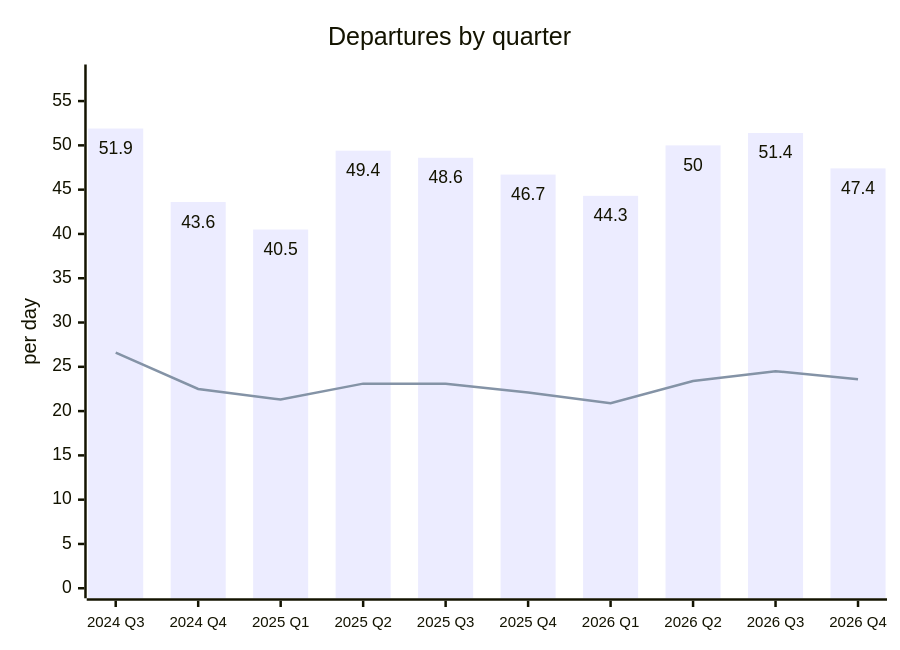
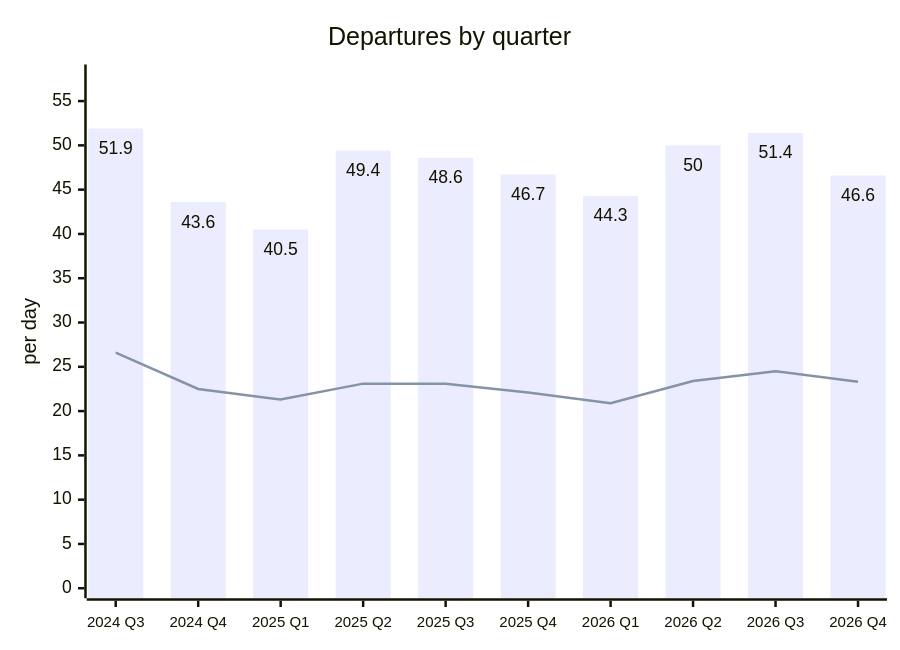
The second of 2 diagrams in README.md (rainermesi/tll-airport-departures), drawn with Mermaid before and after one commit. The commit also changed other lines of this file and 3 other files, not shown here.

````diff
--- a/README.md
+++ b/README.md
@@ -54,15 +54,15 @@
 ```mermaid
 ---
 config:
   xyChart:
     showDataLabel: true
     xAxis:
       labelFontSize: 12
 ---
 xychart-beta
     title "Departures by quarter"
     x-axis ["2024 Q3", "2024 Q4", "2025 Q1", "2025 Q2", "2025 Q3", "2025 Q4", "2026 Q1", "2026 Q2", "2026 Q3", "2026 Q4"]
     y-axis "per day" 0 --> 58
-    bar [51.9, 43.6, 40.5, 49.4, 48.6, 46.7, 44.3, 50.0, 51.4, 47.4]
-    line [26.6, 22.5, 21.3, 23.1, 23.1, 22.1, 20.9, 23.4, 24.5, 23.6]
+    bar [51.9, 43.6, 40.5, 49.4, 48.6, 46.7, 44.3, 50.0, 51.4, 46.6]
+    line [26.6, 22.5, 21.3, 23.1, 23.1, 22.1, 20.9, 23.4, 24.5, 23.3]
 ```
````
